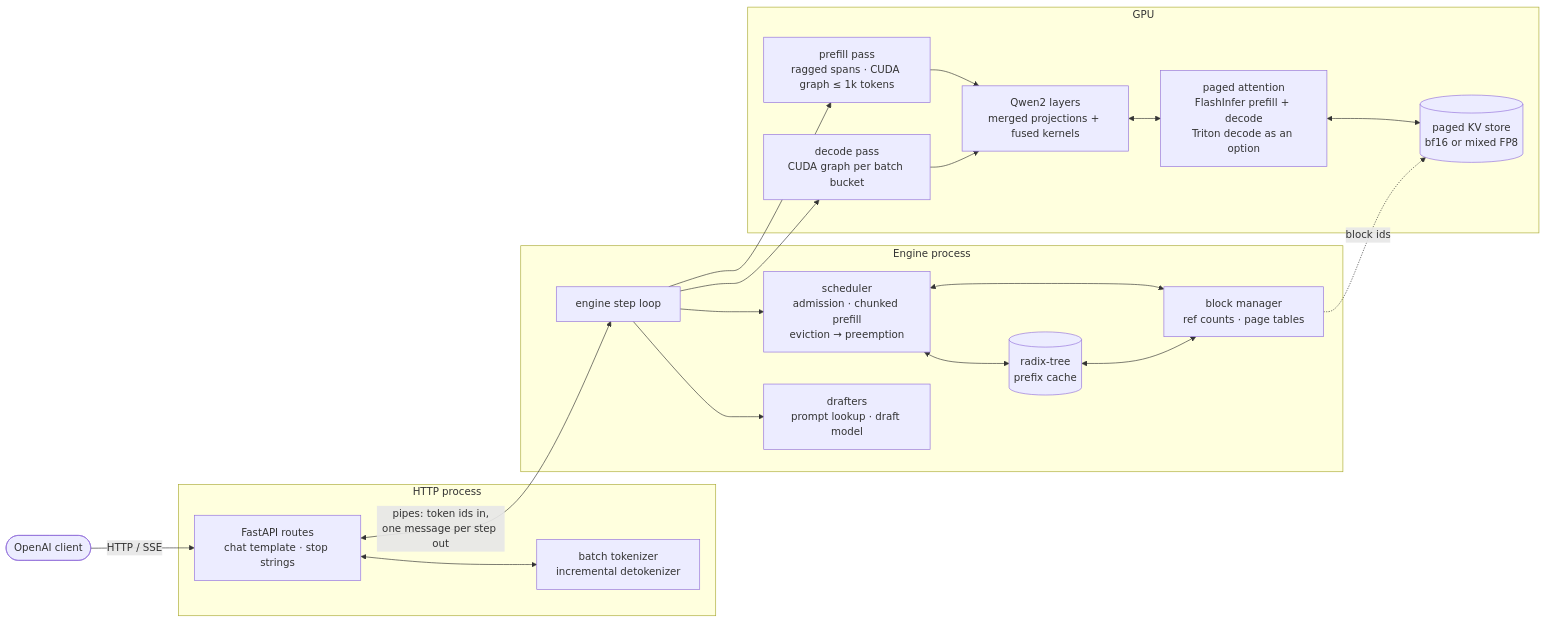
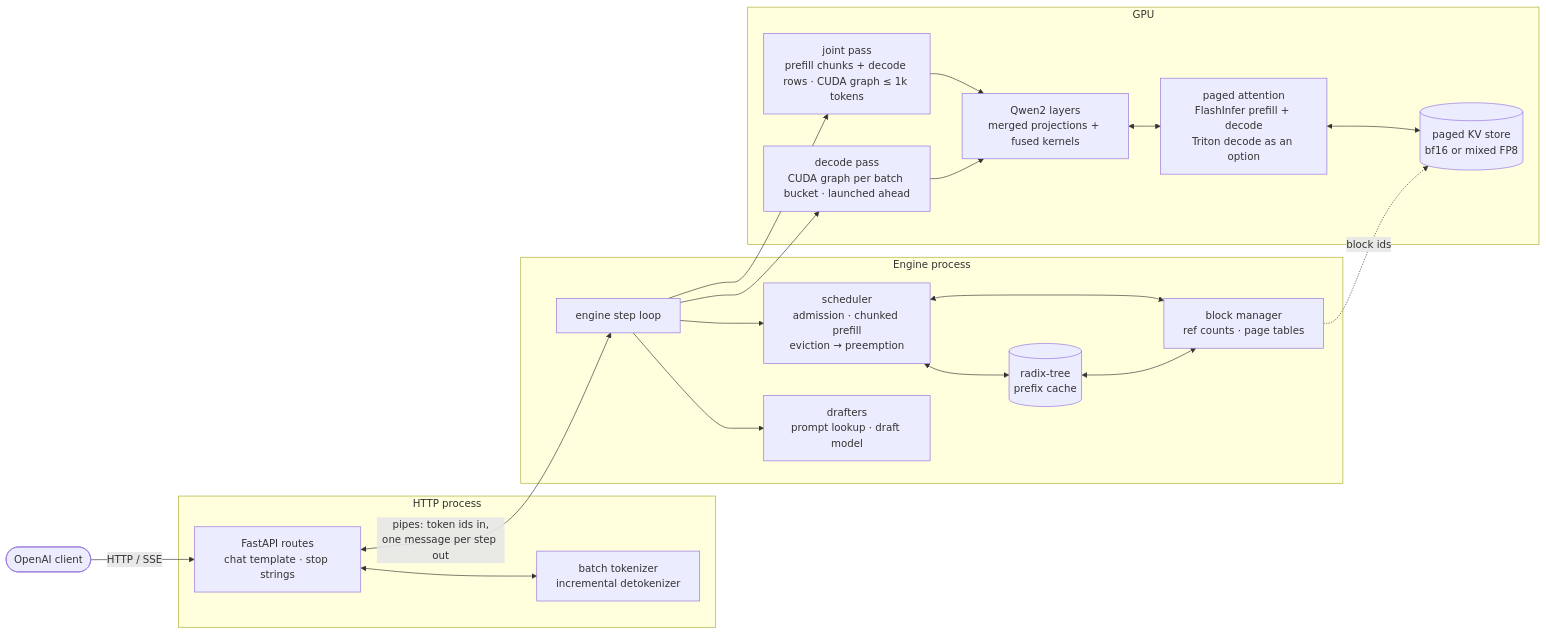
The diagram in README.md (visshbala21/minfer), drawn with Mermaid before and after one commit. The commit also changed other lines of this file and 2 other files, not shown here.

Commit message:
README: synthetic-workload comparison on the Phase 18 defaults; decode-gap section with generated tables

````diff
--- a/README.md
+++ b/README.md
@@ -218,41 +218,41 @@
 ```mermaid
 flowchart LR
     client([OpenAI client]) -->|HTTP / SSE| api
 
     subgraph frontend [HTTP process]
         api[FastAPI routes<br/>chat template · stop strings]
         tok[batch tokenizer<br/>incremental detokenizer]
         api <--> tok
     end
 
     api <-->|"pipes: token ids in,<br/>one message per step out"| loop
 
     subgraph engine [Engine process]
         loop[engine step loop]
         sched[scheduler<br/>admission · chunked prefill<br/>eviction → preemption]
         radix[(radix-tree<br/>prefix cache)]
         blocks[block manager<br/>ref counts · page tables]
         spec[drafters<br/>prompt lookup · draft model]
         loop --> sched
         sched <--> radix
         sched <--> blocks
         radix <--> blocks
         loop --> spec
     end
 
     subgraph gpu [GPU]
-        prefill[prefill pass<br/>ragged spans · CUDA graph ≤ 1k tokens]
-        decode[decode pass<br/>CUDA graph per batch bucket]
+        prefill[joint pass<br/>prefill chunks + decode rows · CUDA graph ≤ 1k tokens]
+        decode[decode pass<br/>CUDA graph per batch bucket · launched ahead]
         model[Qwen2 layers<br/>merged projections + fused kernels]
         attn[paged attention<br/>FlashInfer prefill + decode<br/>Triton decode as an option]
         kv[(paged KV store<br/>bf16 or mixed FP8)]
         prefill --> model
         decode --> model
         model <--> attn
         attn <--> kv
     end
 
     loop --> prefill
     loop --> decode
     blocks -. block ids .-> kv
 ```
````
